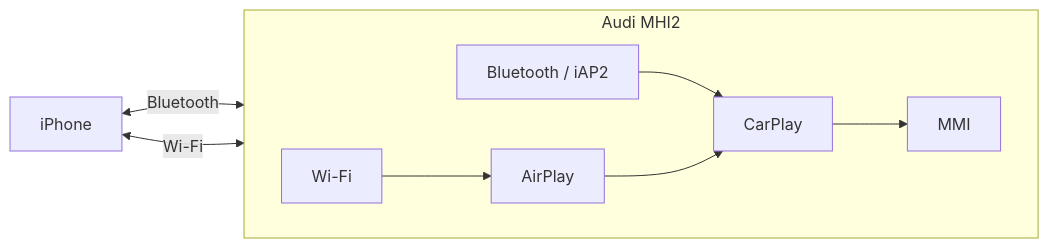
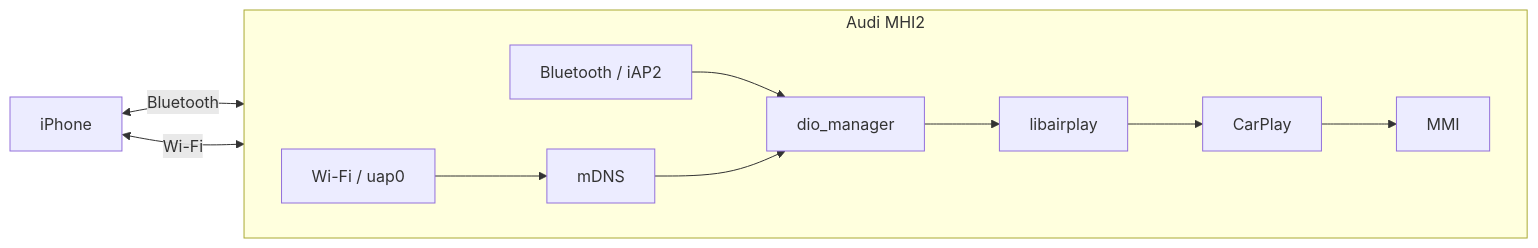
Before and after one commit to joeyQuery/MHI2-Wireless-CarPlay: the diagram in README.md, drawn with Mermaid. The commit also changed other lines of this file, not shown here.

Commit message:
Link complete Wireless CarPlay architecture documentation

````diff
--- a/README.md
+++ b/README.md
@@ -46,21 +46,24 @@
-```mermaid
+~~~mermaid
 flowchart LR
     PHONE["iPhone"]
 
     subgraph MHI2["Audi MHI2"]
         direction LR
         BT["Bluetooth / iAP2"]
-        WIFI["Wi-Fi"]
-        AIRPLAY["AirPlay"]
+        WIFI["Wi-Fi / uap0"]
+        MDNS["mDNS"]
+        DIO["dio_manager"]
+        AIRPLAY["libairplay"]
         CP["CarPlay"]
         MMI["MMI"]
     end
 
     PHONE <-->|"Bluetooth"| BT
     PHONE <-->|"Wi-Fi"| WIFI
-
-    BT --> CP
-    WIFI --> AIRPLAY
+    WIFI --> MDNS
+    BT --> DIO
+    MDNS --> DIO
+    DIO --> AIRPLAY
     AIRPLAY --> CP
     CP --> MMI
-```
+~~~
````
